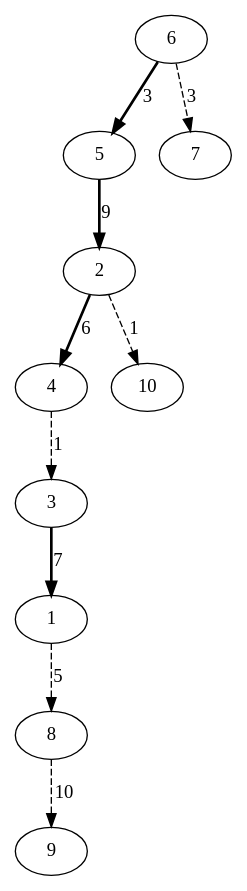
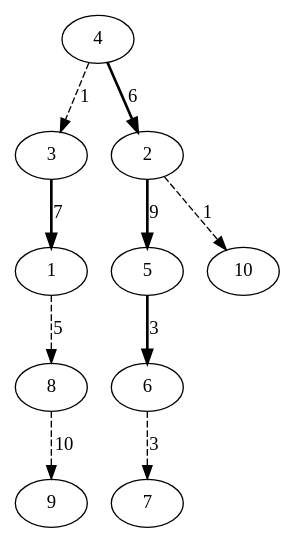
Before and after one commit to Musab1Blaser/DynamicTrees_NF: the diagram in ST-Tree/src/combined_graph.dot, drawn with Graphviz. The commit also changed 7 other files, not shown here.

```diff
--- a/ST-Tree/src/combined_graph.dot
+++ b/ST-Tree/src/combined_graph.dot
@@ -1,21 +1,21 @@
 digraph G {
-6 -> 5 [style=bold, label=3];
-5 -> 2 [style=bold, label=9];
-2 -> 4 [style=bold, label=6];
 3 -> 1 [style=bold, label=7];
+4 -> 2 [style=bold, label=6];
+2 -> 5 [style=bold, label=9];
+5 -> 6 [style=bold, label=3];
 4 -> 3 [style=dashed, label=1];
 6 -> 7 [style=dashed, label=3];
 1 -> 8 [style=dashed, label=5];
 8 -> 9 [style=dashed, label=10];
 2 -> 10 [style=dashed, label=1];
 1; 
 2; 
 3; 
 4; 
 5; 
 6; 
 7; 
 8; 
 9; 
 10; 
 }
```
